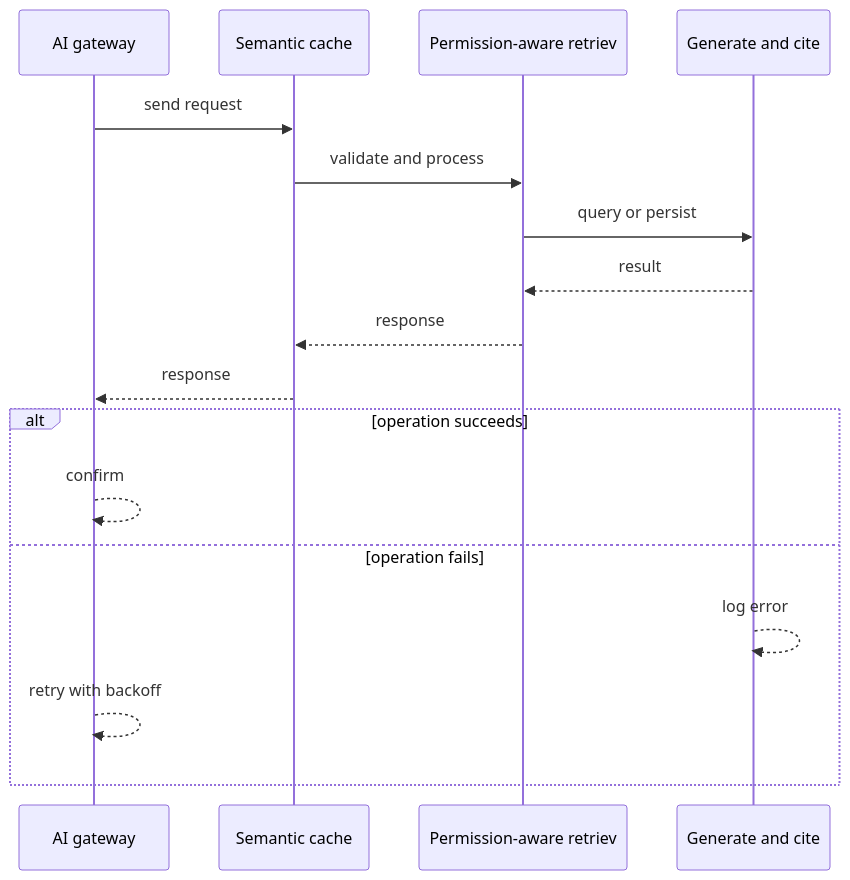
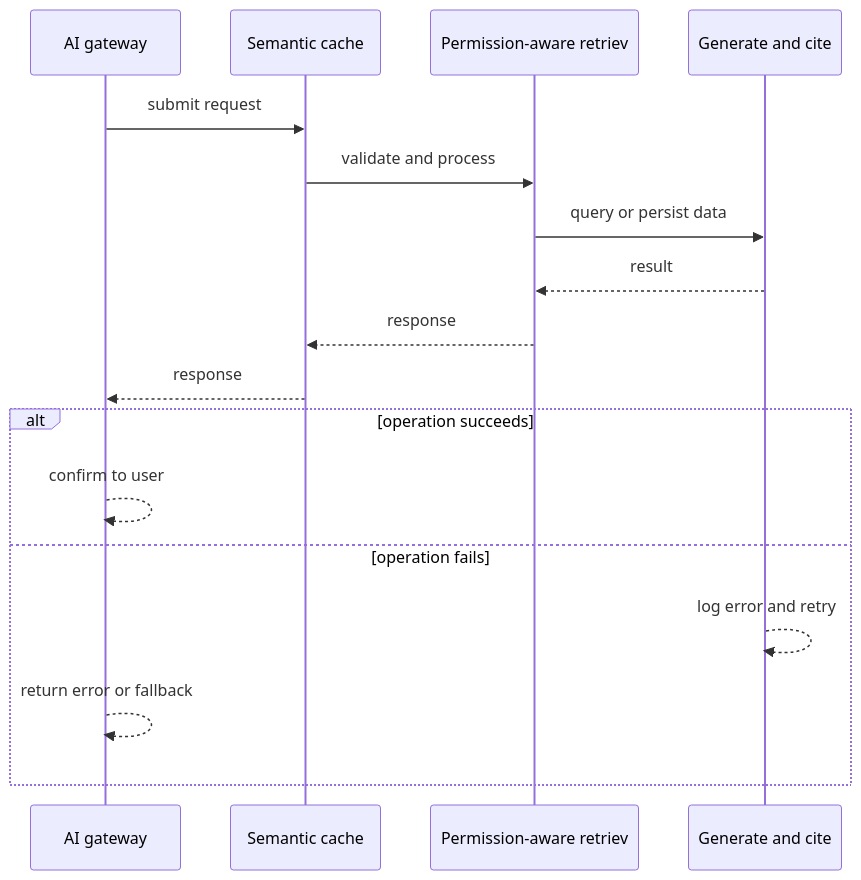
One commit to RIT-MESH/system-design-mastery changed the second of 4 diagrams in case-studies/ai-systems/multi-tenant-rag-service.md. Above: the diagram before and after it, drawn with Mermaid. The commit also changed other lines of this file and 127 other files, not shown here.

First line of the commit message:
Improve all case study diagrams: case-specific sequences, fix truncated labels

````diff
--- a/case-studies/ai-systems/multi-tenant-rag-service.md
+++ b/case-studies/ai-systems/multi-tenant-rag-service.md
@@ -76,20 +76,20 @@
 ```mermaid
 %% created-for: system-design-mastery
 sequenceDiagram
-  participant C0 as AI gateway
-  participant C1 as Semantic cache
-  participant C2 as Permission-aware retriev
-  participant C3 as Generate and cite
-  C0 ->> C1: send request
-  C1 ->> C2: validate and process
-  C2 ->> C3: query or persist
-  C3 -->> C2: result
-  C2 -->> C1: response
-  C1 -->> C0: response
+  participant P0 as AI gateway
+  participant P1 as Semantic cache
+  participant P2 as Permission-aware retriev
+  participant P3 as Generate and cite
+  P0 ->> P1: submit request
+  P1 ->> P2: validate and process
+  P2 ->> P3: query or persist data
+  P3 -->> P2: result
+  P2 -->> P1: response
+  P1 -->> P0: response
   alt operation succeeds
-    C0 -->> C0: confirm
+    P0 -->> P0: confirm to user
   else operation fails
-    C3 -->> C3: log error
-    C0 -->> C0: retry with backoff
+    P3 -->> P3: log error and retry
+    P0 -->> P0: return error or fallback
   end
 ```
````
